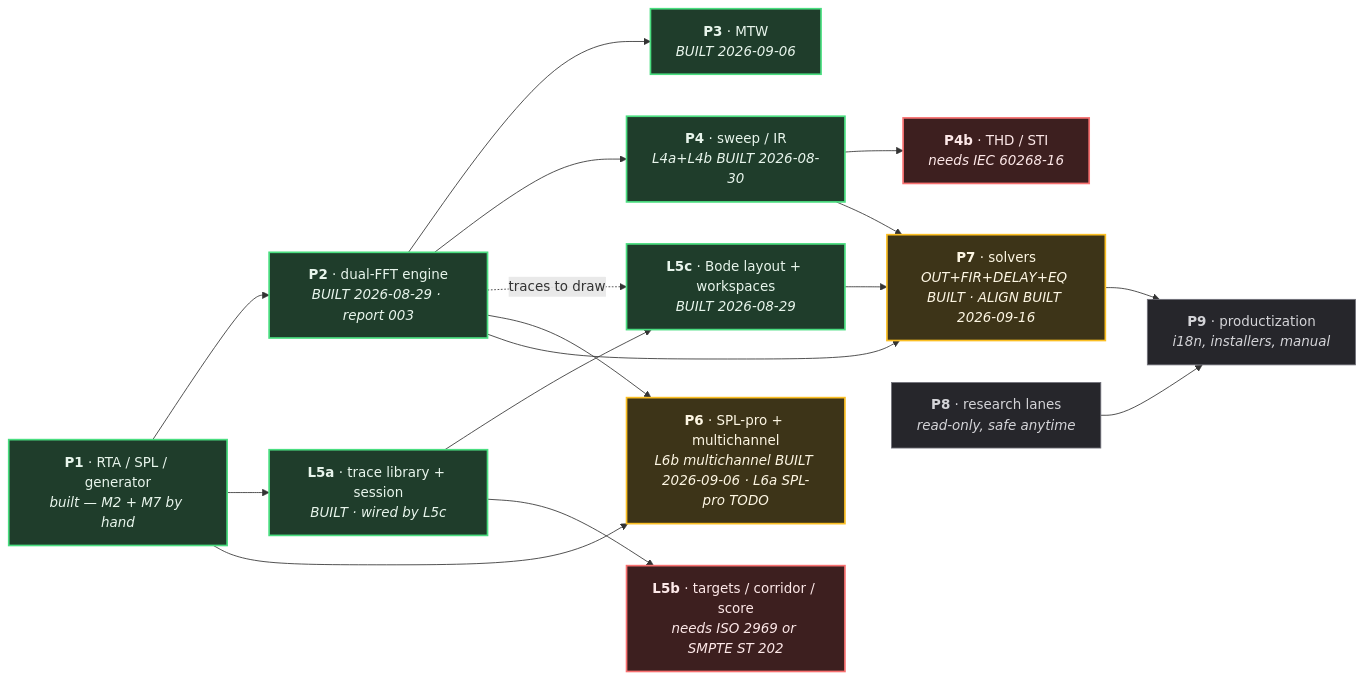
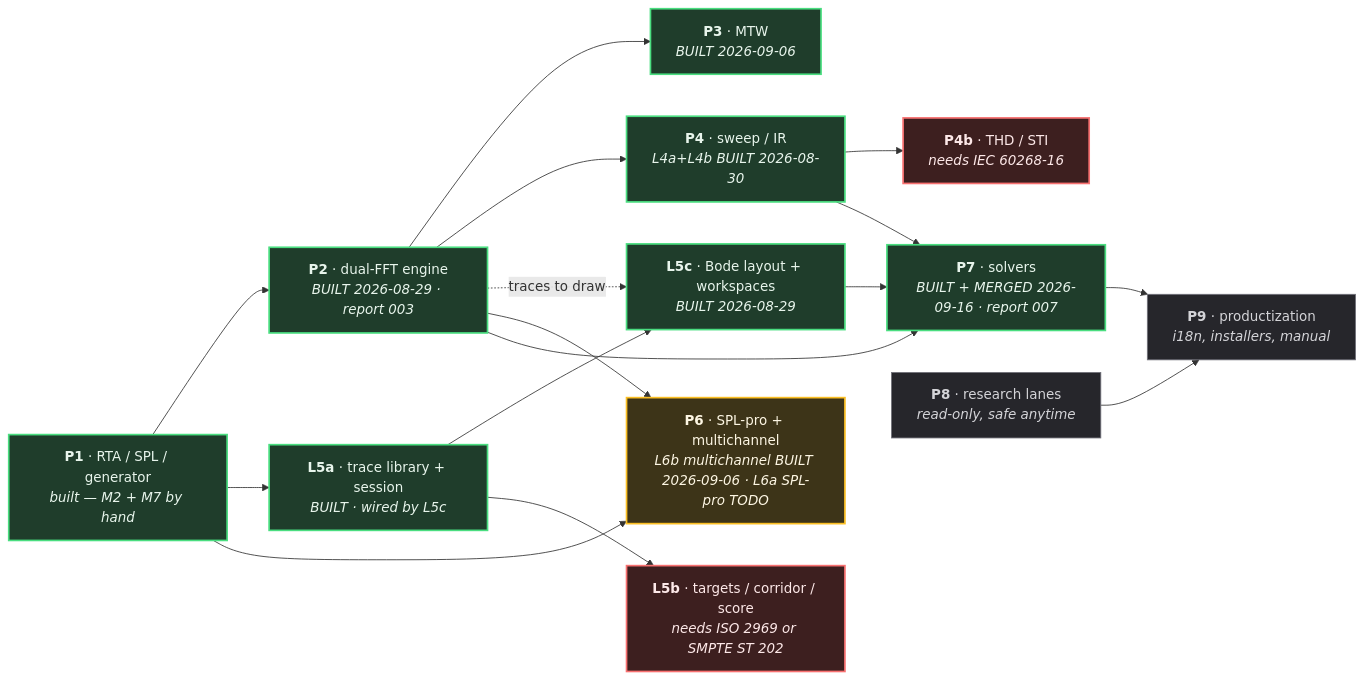
The diagram in docs/plans/MASTER-EXECUTION-PLAN.md (toanaz-ops/rta-tool), drawn with Mermaid before and after one commit. The commit also changed other lines of this file and 4 other files, not shown here.

````diff
--- a/docs/plans/MASTER-EXECUTION-PLAN.md
+++ b/docs/plans/MASTER-EXECUTION-PLAN.md
@@ -65,38 +93,38 @@
 ```mermaid
 graph LR
     P1["<b>P1</b> · RTA / SPL / generator<br/><i>built — M2 + M7 by hand</i>"]
     P2["<b>P2</b> · dual-FFT engine<br/><i>BUILT 2026-08-29 · report 003</i>"]
     P3["<b>P3</b> · MTW<br/><i>BUILT 2026-09-06</i>"]
     P4["<b>P4</b> · sweep / IR<br/><i>L4a+L4b BUILT 2026-08-30</i>"]
     P4b["<b>P4b</b> · THD / STI<br/><i>needs IEC 60268-16</i>"]
     L5a["<b>L5a</b> · trace library + session<br/><i>BUILT · wired by L5c</i>"]
     L5b["<b>L5b</b> · targets / corridor / score<br/><i>needs ISO 2969 or SMPTE ST 202</i>"]
     L5c["<b>L5c</b> · Bode layout + workspaces<br/><i>BUILT 2026-08-29</i>"]
     P6["<b>P6</b> · SPL-pro + multichannel<br/><i>L6b multichannel BUILT 2026-09-06 · L6a SPL-pro TODO</i>"]
-    P7["<b>P7</b> · solvers<br/><i>OUT+FIR+DELAY+EQ BUILT · ALIGN BUILT 2026-09-16</i>"]
+    P7["<b>P7</b> · solvers<br/><i>BUILT + MERGED 2026-09-16 · report 007</i>"]
     P8["<b>P8</b> · research lanes<br/><i>read-only, safe anytime</i>"]
     P9["<b>P9</b> · productization<br/><i>i18n, installers, manual</i>"]
 
     P1 --> P2 --> P3
     P2 --> P4 --> P4b
     P1 --> L5a --> L5c
     L5a --> L5b
     P2 -.->|"traces to draw"| L5c
     P1 --> P6
     P2 --> P6
     P2 --> P7
     P4 --> P7
     L5c --> P7
     P7 --> P9
     P8 --> P9
 
     classDef done fill:#1f3d2b,stroke:#4ade80,stroke-width:2px,color:#e8f5ec
     classDef next fill:#3d3418,stroke:#fbbf24,stroke-width:2px,color:#fdf6e3
     classDef blocked fill:#3d1f1f,stroke:#f87171,stroke-width:2px,color:#fde8e8
     classDef later fill:#26262b,stroke:#71717a,stroke-width:1px,color:#d4d4d8
 
-    class P1,P2,P3,P4,L5a,L5c done
-    class P6,P7 next
+    class P1,P2,P3,P4,L5a,L5c,P7 done
+    class P6 next
     class L5b,P4b blocked
     class P8,P9 later
 ```
````
